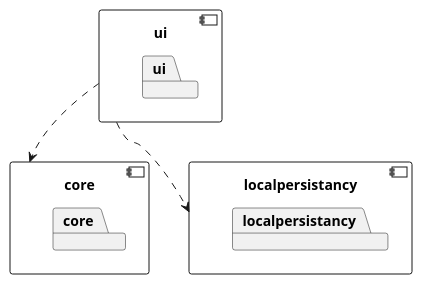
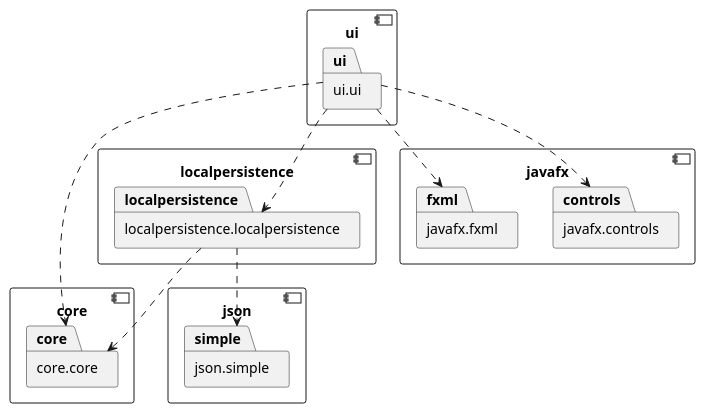
One commit to arrangabriel/IT1901-project-gr23 changed the diagram in get-fit/architecture.puml. Above: the diagram before and after it, drawn with PlantUML.

Commit message:
#31 Create plantUML diagram

```diff
--- a/get-fit/architecture.puml
+++ b/get-fit/architecture.puml
@@ -1,19 +1,33 @@
 @startuml Get Fit Architecture
-allow_mixing
-    component core {
-        package core
-    }
+allowmixing
+component core {
+    package core.core
+}
 
-    component localpersistancy {
-        package localpersistancy
-    }
+component localpersistence {
+    package localpersistence.localpersistence
+}
 
-    component ui {
-        package ui
-    }
+component ui {
+    package ui.ui
+}
 
-    ui ..> core
-    ui ..> localpersistancy
+component javafx {
+    package javafx.controls
+    package javafx.fxml
+}
+
+component json {
+    package json.simple
+}
+
+ui.ui ..> core.core
+ui.ui ..> localpersistence.localpersistence
+ui.ui ..> javafx.controls
+ui.ui ..> javafx.fxml
+
+localpersistence.localpersistence ..> core.core
+localpersistence.localpersistence ..> json.simple
 
 
 @enduml
```
